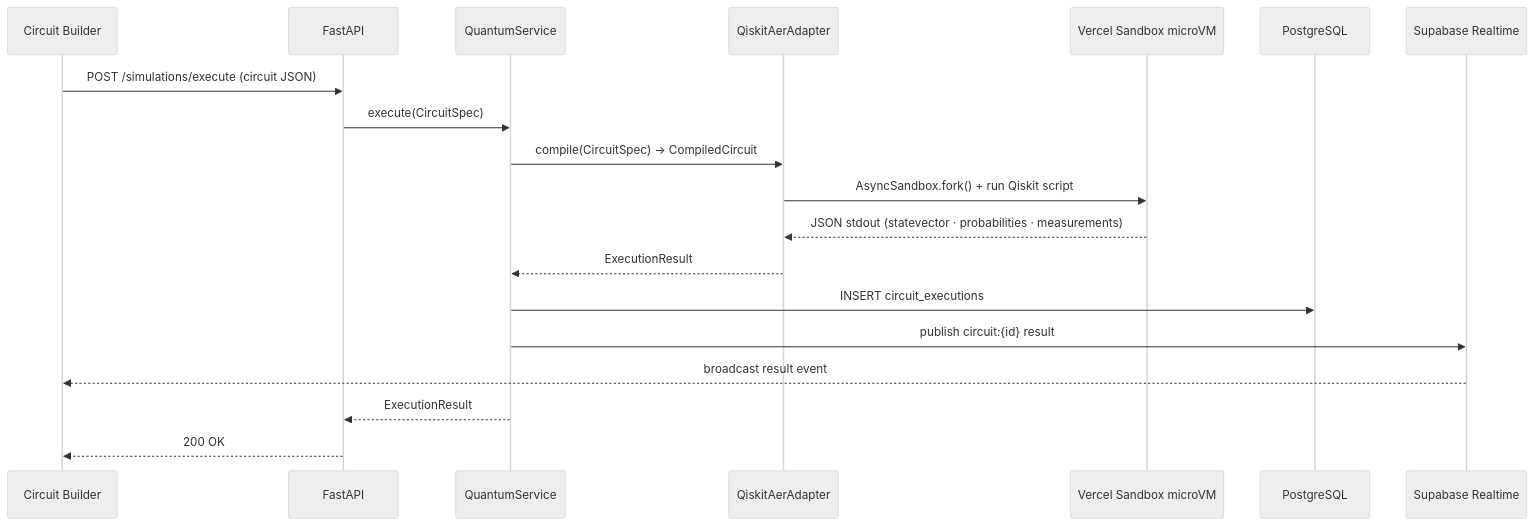
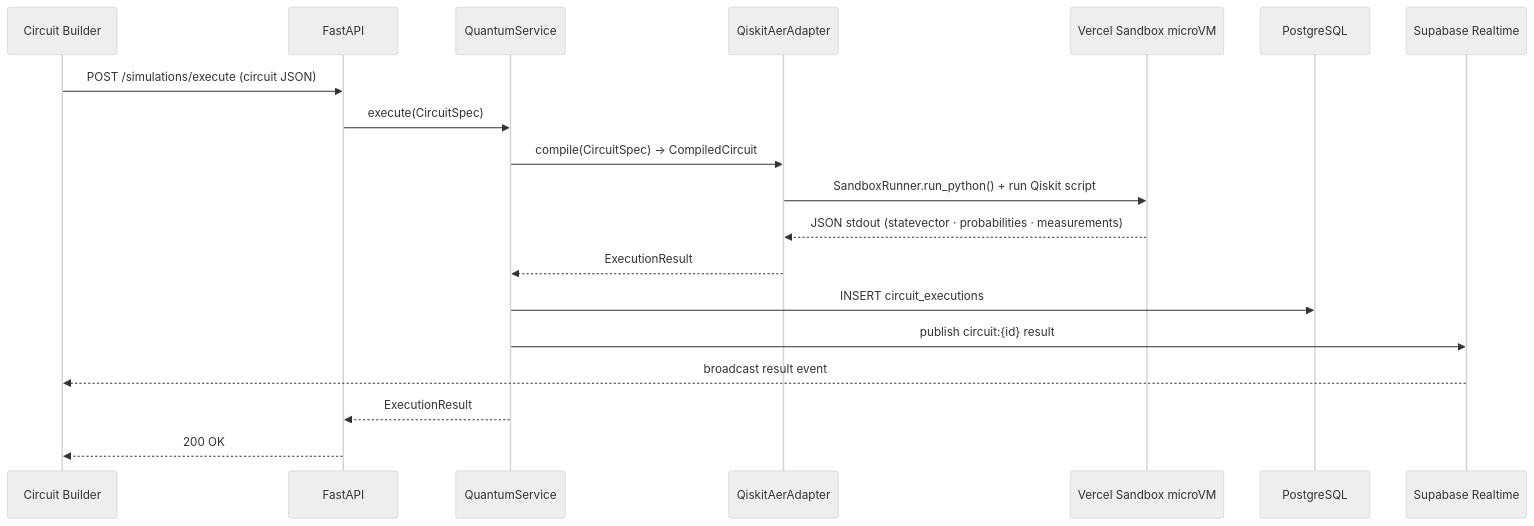
The second of 2 diagrams in docs/quantum-execution.md (qphase-ai/Q-Learn), drawn with Mermaid (neutral theme) before and after one commit. The commit also changed 21 other files, not shown here.

First line of the commit message:
feat(quantum): wire Qiskit execution to the real Vercel Sandbox SDK

````diff
--- a/docs/quantum-execution.md
+++ b/docs/quantum-execution.md
@@ -54,22 +54,22 @@
 ```mermaid
 sequenceDiagram
     participant UI as Circuit Builder
     participant API as FastAPI
     participant QS as QuantumService
     participant SA as QiskitAerAdapter
     participant VM as Vercel Sandbox microVM
     participant DB as PostgreSQL
     participant RT as Supabase Realtime
 
     UI->>API: POST /simulations/execute (circuit JSON)
     API->>QS: execute(CircuitSpec)
     QS->>SA: compile(CircuitSpec) → CompiledCircuit
-    SA->>VM: AsyncSandbox.fork() + run Qiskit script
+    SA->>VM: SandboxRunner.run_python() + run Qiskit script
     VM-->>SA: JSON stdout (statevector · probabilities · measurements)
     SA-->>QS: ExecutionResult
     QS->>DB: INSERT circuit_executions
     QS->>RT: publish circuit:{id} result
     RT-->>UI: broadcast result event
     QS-->>API: ExecutionResult
     API-->>UI: 200 OK
 ```
````
